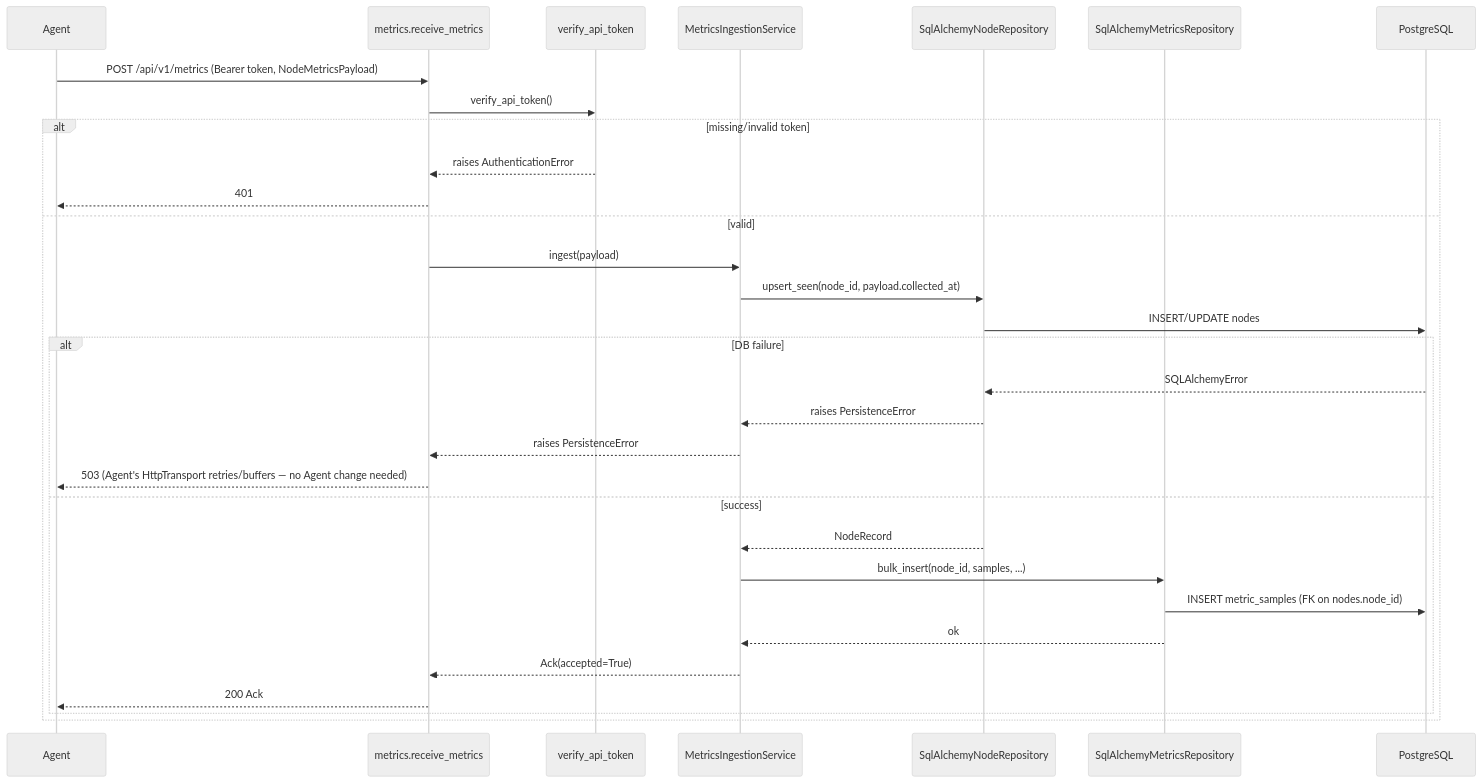
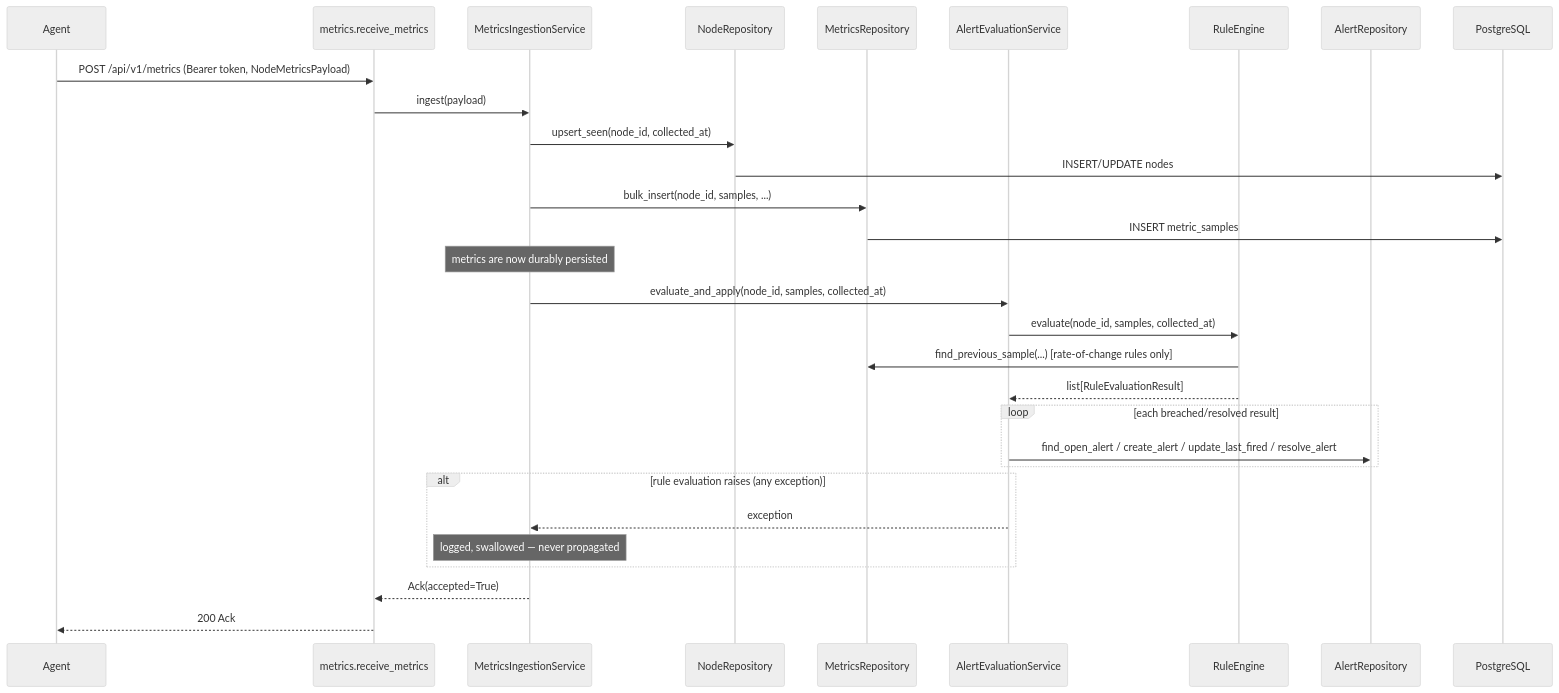
Before and after one commit to jayasati/ClusterPulse: the second of 3 diagrams in collector/architecture.md, drawn with Mermaid (neutral theme). The commit also changed other lines of this file and 37 other files, not shown here.

First line of the commit message:
feat: Implement rule evaluation system with threshold and rate-of-change rules

````diff
--- a/collector/architecture.md
+++ b/collector/architecture.md
@@ -86,34 +115,33 @@
 ```mermaid
 sequenceDiagram
     participant Agent
     participant Route as metrics.receive_metrics
-    participant Auth as verify_api_token
     participant Svc as MetricsIngestionService
-    participant NodeRepo as SqlAlchemyNodeRepository
-    participant MetricsRepo as SqlAlchemyMetricsRepository
+    participant NodeRepo as NodeRepository
+    participant MetricsRepo as MetricsRepository
+    participant AlertSvc as AlertEvaluationService
+    participant RuleEng as RuleEngine
+    participant AlertRepo as AlertRepository
     participant DB as PostgreSQL
 
     Agent->>Route: POST /api/v1/metrics (Bearer token, NodeMetricsPayload)
-    Route->>Auth: verify_api_token()
-    alt missing/invalid token
-        Auth-->>Route: raises AuthenticationError
-        Route-->>Agent: 401
-    else valid
-        Route->>Svc: ingest(payload)
-        Svc->>NodeRepo: upsert_seen(node_id, payload.collected_at)
-        NodeRepo->>DB: INSERT/UPDATE nodes
-        alt DB failure
-            DB-->>NodeRepo: SQLAlchemyError
-            NodeRepo-->>Svc: raises PersistenceError
-            Svc-->>Route: raises PersistenceError
-            Route-->>Agent: 503 (Agent's HttpTransport retries/buffers — no Agent change needed)
-        else success
-            NodeRepo-->>Svc: NodeRecord
-            Svc->>MetricsRepo: bulk_insert(node_id, samples, ...)
-            MetricsRepo->>DB: INSERT metric_samples (FK on nodes.node_id)
-            MetricsRepo-->>Svc: ok
-            Svc-->>Route: Ack(accepted=True)
-            Route-->>Agent: 200 Ack
-        end
+    Route->>Svc: ingest(payload)
+    Svc->>NodeRepo: upsert_seen(node_id, collected_at)
+    NodeRepo->>DB: INSERT/UPDATE nodes
+    Svc->>MetricsRepo: bulk_insert(node_id, samples, ...)
+    MetricsRepo->>DB: INSERT metric_samples
+    Note over Svc: metrics are now durably persisted
+    Svc->>AlertSvc: evaluate_and_apply(node_id, samples, collected_at)
+    AlertSvc->>RuleEng: evaluate(node_id, samples, collected_at)
+    RuleEng->>MetricsRepo: find_previous_sample(...) [rate-of-change rules only]
+    RuleEng-->>AlertSvc: list[RuleEvaluationResult]
+    loop each breached/resolved result
+        AlertSvc->>AlertRepo: find_open_alert / create_alert / update_last_fired / resolve_alert
     end
+    alt rule evaluation raises (any exception)
+        AlertSvc-->>Svc: exception
+        Note over Svc: logged, swallowed — never propagated
+    end
+    Svc-->>Route: Ack(accepted=True)
+    Route-->>Agent: 200 Ack
 ```
````
